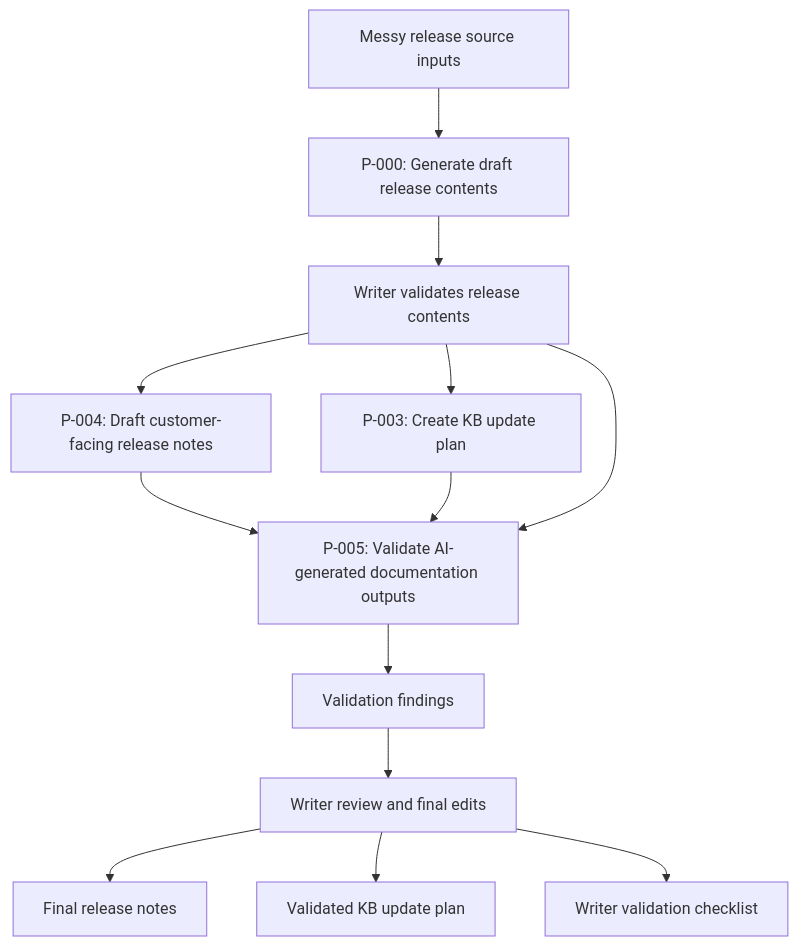
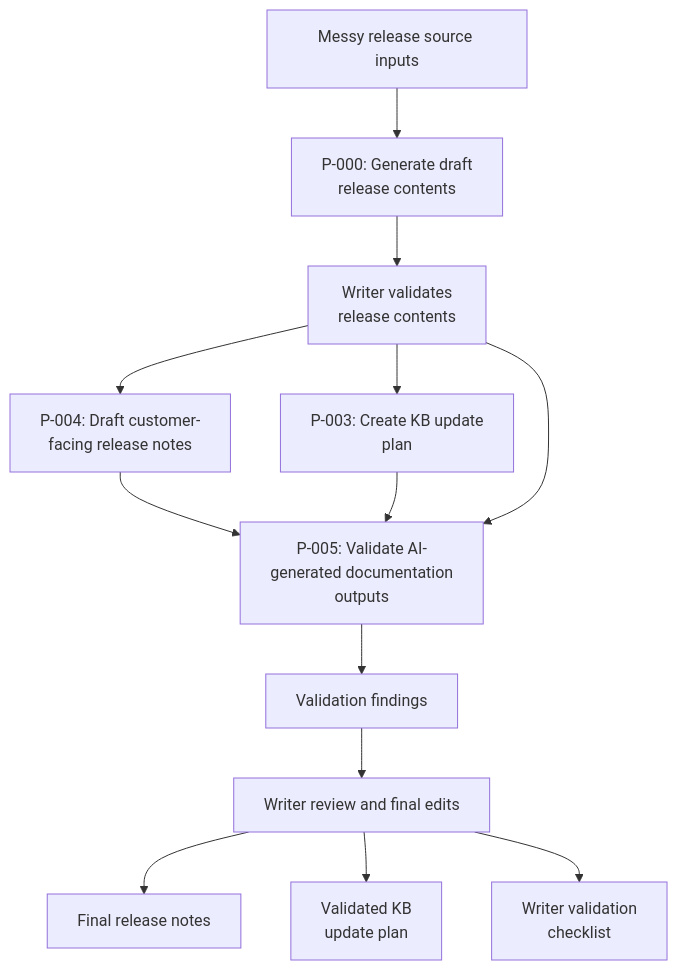
The first of 2 diagrams in 05-case-study/case-study.md (klwarde/ai-assisted-release-documentation-workflow), drawn with Mermaid before and after one commit. The commit also changed other lines of this file and 2 other files, not shown here.

````diff
--- a/05-case-study/case-study.md
+++ b/05-case-study/case-study.md
@@ -60,15 +69,15 @@
 ```mermaid
 flowchart TD
-    A[Messy release source inputs] --> B[P-000: Generate draft release contents]
-    B --> C[Writer validates release contents]
-    C --> D[P-004: Draft customer-facing release notes]
-    C --> E[P-003: Create KB update plan]
-    D --> F[P-005: Validate AI-generated documentation outputs]
+    A[Messy release source inputs] --> B[P-000: Generate draft <br />release contents]
+    B --> C[Writer validates <br /> release contents]
+    C --> D[P-004: Draft customer-<br />facing release notes]
+    C --> E[P-003: Create KB update <br />plan]
+    D --> F[P-005: Validate AI-<br />generated documentation <br />outputs]
     E --> F
     C --> F
     F --> G[Validation findings]
     G --> H[Writer review and final edits]
     H --> I[Final release notes]
-    H --> J[Validated KB update plan]
-    H --> K[Writer validation checklist]
+    H --> J[Validated KB <br />update plan]
+    H --> K[Writer validation <br />checklist]
 ```
````
